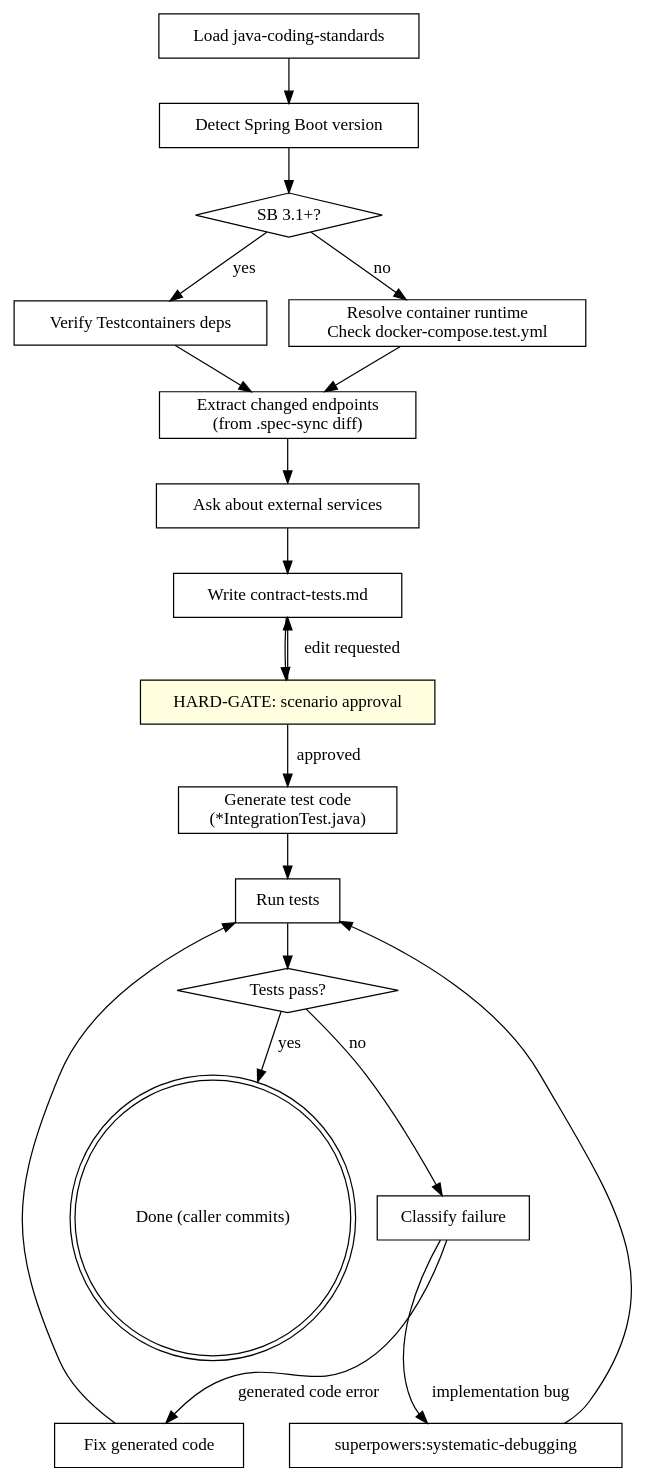
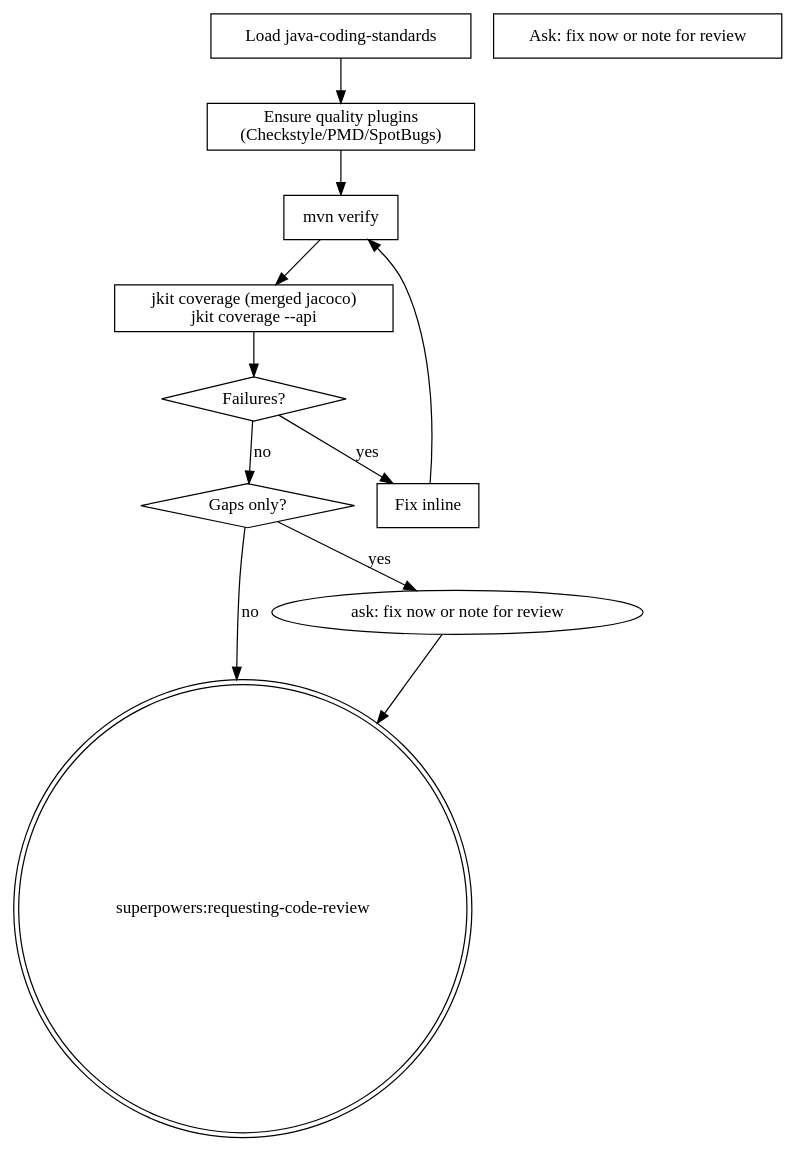
One commit to honghaowuu/jkit changed the second of 2 diagrams in docs/superpowers/specs/2026-04-21-jkit-iter3-quality-layer.md. Above: the diagram before and after it, drawn with Graphviz. The commit also changed other lines of this file and 4 other files, not shown here.

First line of the commit message:
fix(design): redesign quality layer — sql-migration split, JaCoCo integration, api-scenarios TDD

````diff
--- a/docs/superpowers/specs/2026-04-21-jkit-iter3-quality-layer.md
+++ b/docs/superpowers/specs/2026-04-21-jkit-iter3-quality-layer.md
@@ -197,40 +267,24 @@
 ```dot
-digraph contract_testing {
+digraph java_verify {
     "Load java-coding-standards" [shape=box];
-    "Detect Spring Boot version" [shape=box];
-    "SB 3.1+?" [shape=diamond];
-    "Verify Testcontainers deps" [shape=box];
-    "Resolve container runtime\nCheck docker-compose.test.yml" [shape=box];
-    "Extract changed endpoints\n(from .spec-sync diff)" [shape=box];
-    "Ask about external services" [shape=box];
-    "Write contract-tests.md" [shape=box];
-    "HARD-GATE: scenario approval" [shape=box style=filled fillcolor=lightyellow];
-    "Generate test code\n(*IntegrationTest.java)" [shape=box];
-    "Run tests" [shape=box];
-    "Tests pass?" [shape=diamond];
-    "Classify failure" [shape=box];
-    "Fix generated code" [shape=box];
-    "superpowers:systematic-debugging" [shape=box];
-    "Done (caller commits)" [shape=doublecircle];
+    "Ensure quality plugins\n(Checkstyle/PMD/SpotBugs)" [shape=box];
+    "mvn verify" [shape=box];
+    "jkit coverage (merged jacoco)\njkit coverage --api" [shape=box];
+    "Failures?" [shape=diamond];
+    "Fix inline" [shape=box];
+    "Gaps only?" [shape=diamond];
+    "Ask: fix now or note for review" [shape=box];
+    "superpowers:requesting-code-review" [shape=doublecircle];
 
-    "Load java-coding-standards" -> "Detect Spring Boot version";
-    "Detect Spring Boot version" -> "SB 3.1+?";
-    "SB 3.1+?" -> "Verify Testcontainers deps" [label="yes"];
-    "SB 3.1+?" -> "Resolve container runtime\nCheck docker-compose.test.yml" [label="no"];
-    "Verify Testcontainers deps" -> "Extract changed endpoints\n(from .spec-sync diff)";
-    "Resolve container runtime\nCheck docker-compose.test.yml" -> "Extract changed endpoints\n(from .spec-sync diff)";
-    "Extract changed endpoints\n(from .spec-sync diff)" -> "Ask about external services";
-    "Ask about external services" -> "Write contract-tests.md";
-    "Write contract-tests.md" -> "HARD-GATE: scenario approval";
-    "HARD-GATE: scenario approval" -> "Generate test code\n(*IntegrationTest.java)" [label="approved"];
-    "HARD-GATE: scenario approval" -> "Write contract-tests.md" [label="edit requested"];
-    "Generate test code\n(*IntegrationTest.java)" -> "Run tests";
-    "Run tests" -> "Tests pass?";
-    "Tests pass?" -> "Done (caller commits)" [label="yes"];
-    "Tests pass?" -> "Classify failure" [label="no"];
-    "Classify failure" -> "Fix generated code" [label="generated code error"];
-    "Classify failure" -> "superpowers:systematic-debugging" [label="implementation bug"];
-    "Fix generated code" -> "Run tests";
-    "superpowers:systematic-debugging" -> "Run tests";
+    "Load java-coding-standards" -> "Ensure quality plugins\n(Checkstyle/PMD/SpotBugs)";
+    "Ensure quality plugins\n(Checkstyle/PMD/SpotBugs)" -> "mvn verify";
+    "mvn verify" -> "jkit coverage (merged jacoco)\njkit coverage --api";
+    "jkit coverage (merged jacoco)\njkit coverage --api" -> "Failures?";
+    "Failures?" -> "Fix inline" [label="yes"];
+    "Fix inline" -> "mvn verify";
+    "Failures?" -> "Gaps only?" [label="no"];
+    "Gaps only?" -> "ask: fix now or note for review" [label="yes"];
+    "Gaps only?" -> "superpowers:requesting-code-review" [label="no"];
+    "ask: fix now or note for review" -> "superpowers:requesting-code-review";
 }
 ```
````
